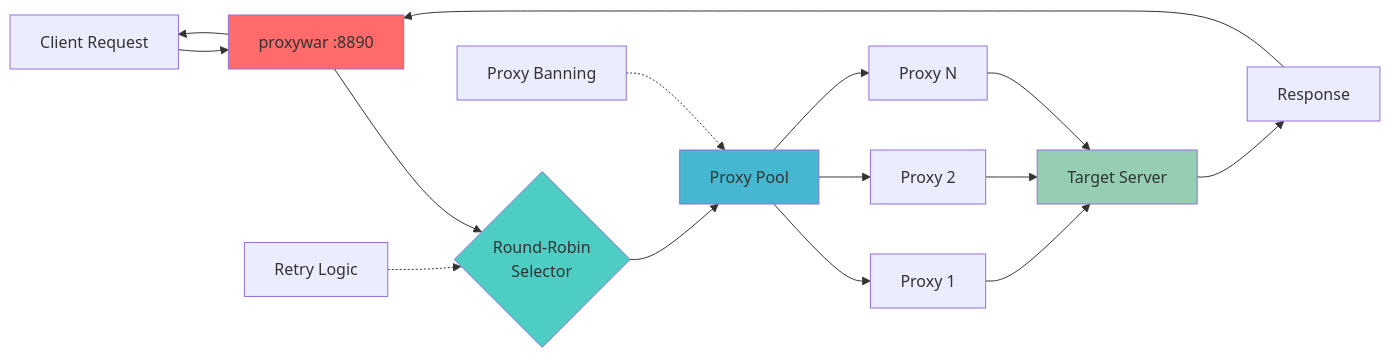
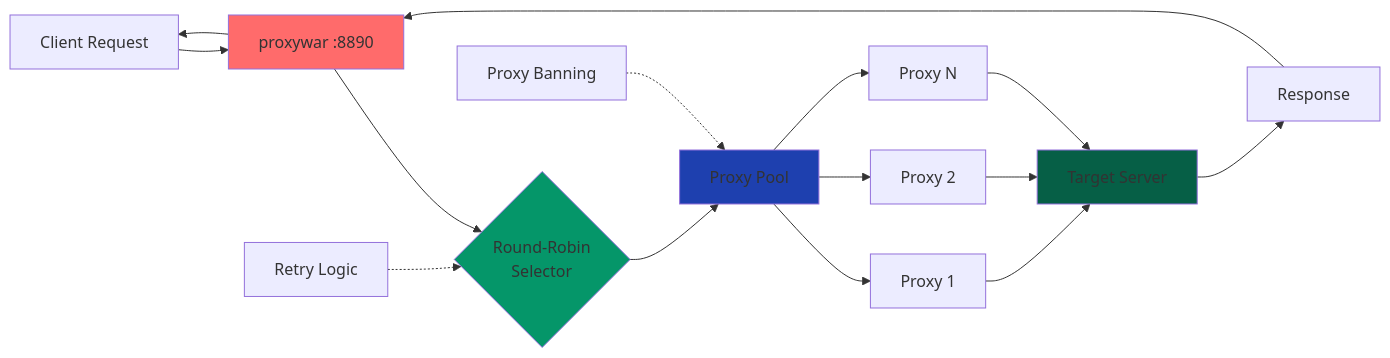
Before and after one commit to H4RR1SON/proxywar: the diagram in README.md, drawn with Mermaid.

Commit message:
Update mermaid chart colors to dark green and blue themes
- Changed Round-Robin Selector to dark green (#059669)
- Changed Proxy Pool to dark blue (#1e40af)
- Changed Target Server to dark green (#065f46)
- Kept proxywar red accent (#ff6b6b) for main component

````diff
--- a/README.md
+++ b/README.md
@@ -7,23 +7,23 @@
 ```mermaid
 flowchart LR
     A[Client Request] --> B[proxywar :8890]
     B --> C{Round-Robin<br/>Selector}
     C --> D[Proxy Pool]
     D --> E[Proxy 1]
     D --> F[Proxy 2]
     D --> G[Proxy N]
     E --> H[Target Server]
     F --> H
     G --> H
     H --> I[Response]
     I --> B
     B --> A
     
     J[Retry Logic] -.-> C
     K[Proxy Banning] -.-> D
     
     style B fill:#ff6b6b
-    style C fill:#4ecdc4
-    style D fill:#45b7d1
-    style H fill:#96ceb4
+    style C fill:#059669
+    style D fill:#1e40af
+    style H fill:#065f46
 ```
````
